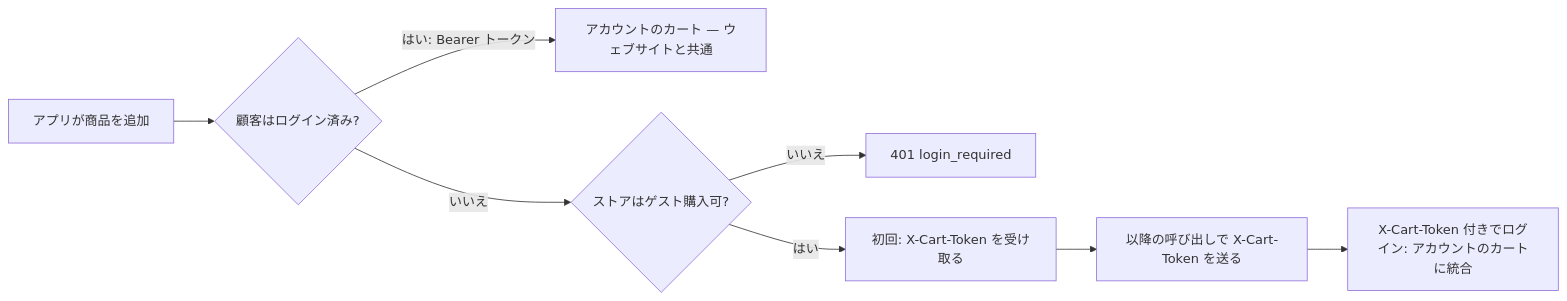
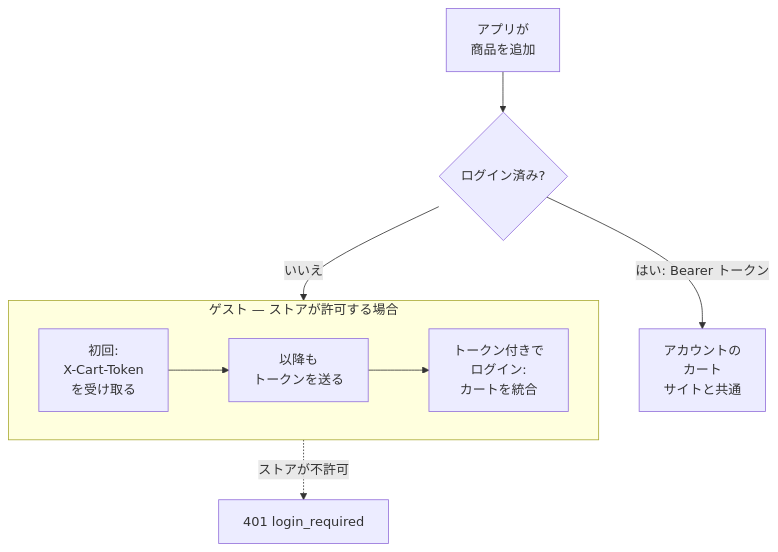
Before and after one commit to gp247net/gp247-docs: the second of 5 diagrams in api/api-storefront_ja.md, drawn with Mermaid. The commit also changed other lines of this file and 44 other files, not shown here.

First line of the commit message:
docs: redraw oversized diagrams in security, API and MCP docs (vi/en/ja)

````diff
--- a/api/api-storefront_ja.md
+++ b/api/api-storefront_ja.md
@@ -168,10 +157,11 @@
 ```mermaid
-flowchart LR
-  A[アプリが商品を追加] --> B{顧客はログイン済み?}
-  B -- はい: Bearer トークン --> C[アカウントのカート — ウェブサイトと共通]
-  B -- いいえ --> D{ストアはゲスト購入可?}
-  D -- いいえ --> E[401 login_required]
-  D -- はい --> F[初回: X-Cart-Token を受け取る]
-  F --> G[以降の呼び出しで X-Cart-Token を送る]
-  G --> H[X-Cart-Token 付きでログイン: アカウントのカートに統合]
+flowchart TB
+  A[アプリが<br/>商品を追加] --> B{ログイン済み?}
+  B -- はい: Bearer トークン --> C[アカウントの<br/>カート<br/>サイトと共通]
+  B -- いいえ --> V
+  subgraph V[ゲスト — ストアが許可する場合]
+    direction LR
+    F[初回:<br/>X-Cart-Token<br/>を受け取る] --> G[以降も<br/>トークンを送る] --> H[トークン付きで<br/>ログイン:<br/>カートを統合]
+  end
+  V -. "ストアが不許可" .-> E[401 login_required]
 ```
````
